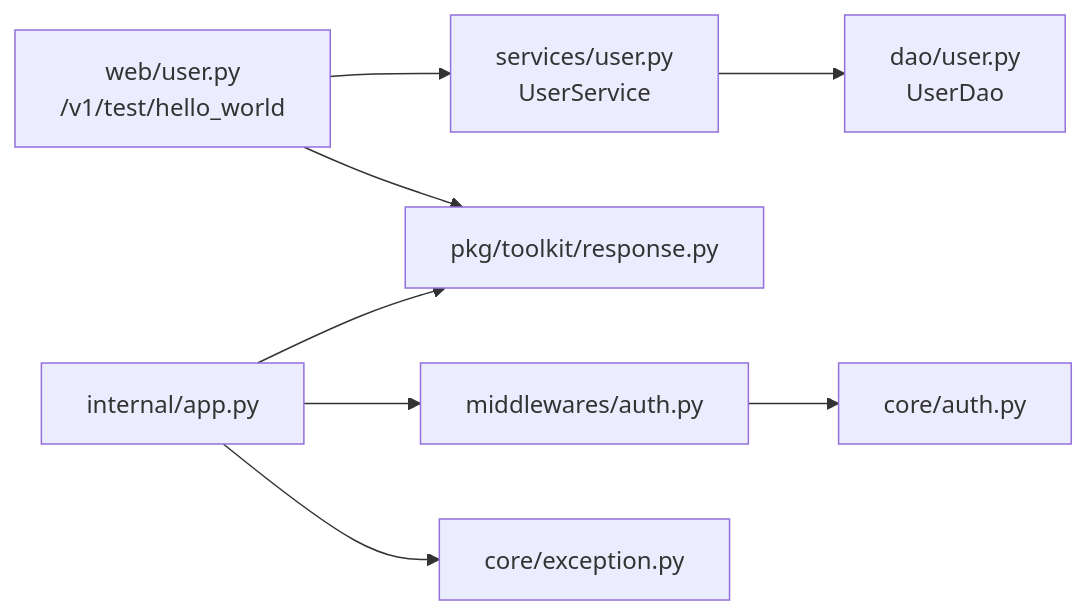
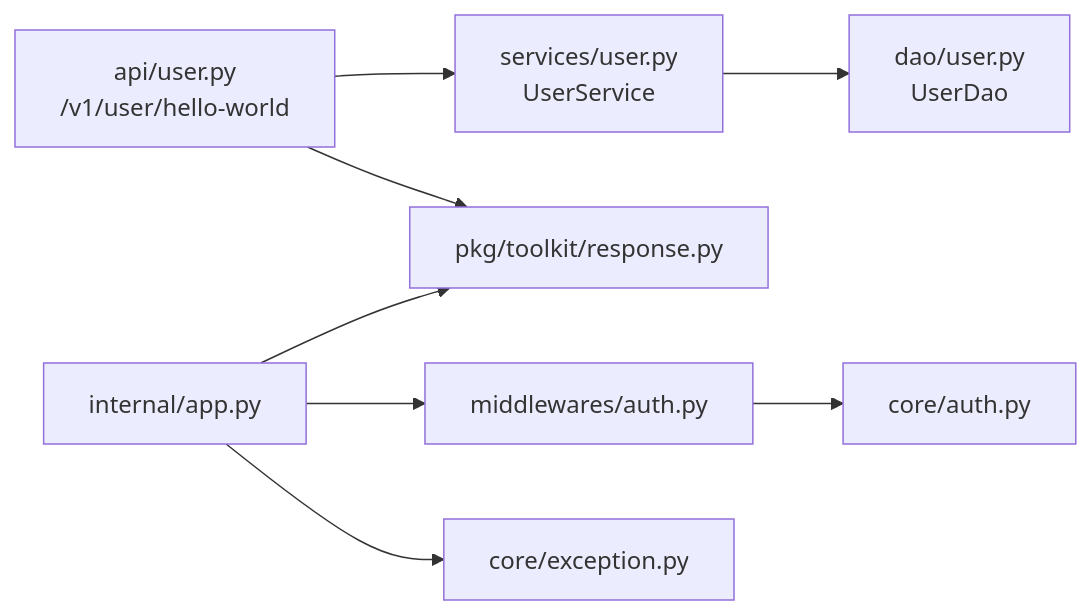
One commit to lilinzezzzzzz/fastapi-backend changed the sixth of 6 diagrams in .qoder/repowiki/zh/content/API接口文档/Web API接口.md. Above: the diagram before and after it, drawn with Mermaid. The commit also changed other lines of this file and 42 other files, not shown here.

````diff
--- a/.qoder/repowiki/zh/content/API接口文档/Web API接口.md
+++ b/.qoder/repowiki/zh/content/API接口文档/Web API接口.md
@@ -283,10 +283,10 @@
 ```mermaid
 graph LR
-WEB_USER["web/user.py<br/>/v1/test/hello_world"] --> SVC_USER["services/user.py<br/>UserService"]
+API_USER["api/user.py<br/>/v1/user/hello-world"] --> SVC_USER["services/user.py<br/>UserService"]
 SVC_USER --> DAO_USER["dao/user.py<br/>UserDao"]
-WEB_USER --> RESP["pkg/toolkit/response.py"]
+API_USER --> RESP["pkg/toolkit/response.py"]
 APP["internal/app.py"] --> AUTH_MW["middlewares/auth.py"]
 AUTH_MW --> CORE_AUTH["core/auth.py"]
 APP --> RESP
 APP --> EXC["core/exception.py"]
 ```
````
